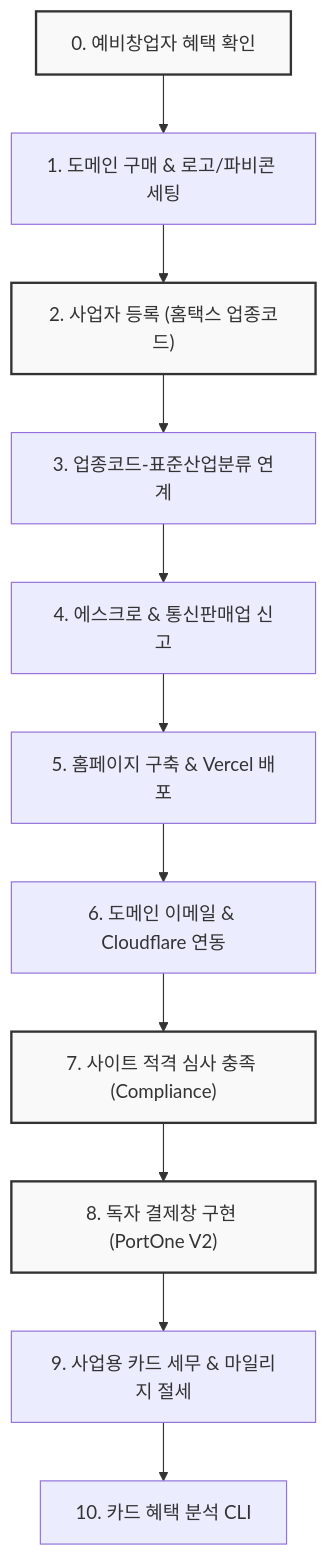
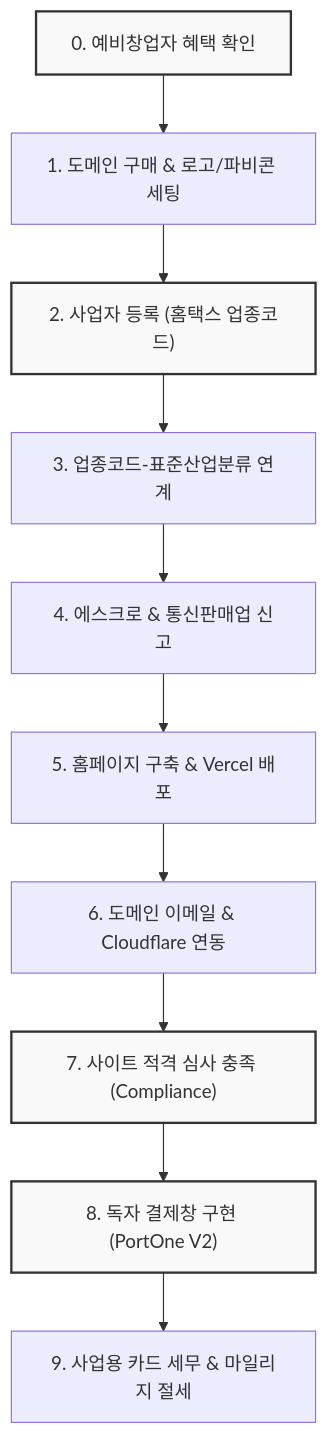
One commit to flam-ing/korean-business-pg-skills changed the diagram in README.md. Above: the diagram before and after it, drawn with Mermaid. The commit also changed other lines of this file and 3 other files, not shown here.

````diff
--- a/README.md
+++ b/README.md
@@ -13,18 +13,17 @@
 ```mermaid
 graph TD
     A["0. 예비창업자 혜택 확인"] --> B["1. 도메인 구매 & 로고/파비콘 세팅"]
     B --> C["2. 사업자 등록 (홈택스 업종코드)"]
     C --> D["3. 업종코드-표준산업분류 연계"]
     D --> E["4. 에스크로 & 통신판매업 신고"]
     E --> F["5. 홈페이지 구축 & Vercel 배포"]
     F --> G["6. 도메인 이메일 & Cloudflare 연동"]
     G --> H["7. 사이트 적격 심사 충족 (Compliance)"]
     H --> I["8. 독자 결제창 구현 (PortOne V2)"]
     I --> J["9. 사업용 카드 세무 & 마일리지 절세"]
-    J --> K["10. 카드 혜택 분석 CLI"]
 
     style A fill:#f9f9f9,stroke:#333,stroke-width:2px
     style C fill:#f9f9f9,stroke:#333,stroke-width:2px
     style H fill:#f9f9f9,stroke:#333,stroke-width:2px
     style I fill:#f9f9f9,stroke:#333,stroke-width:2px
 ```
````
